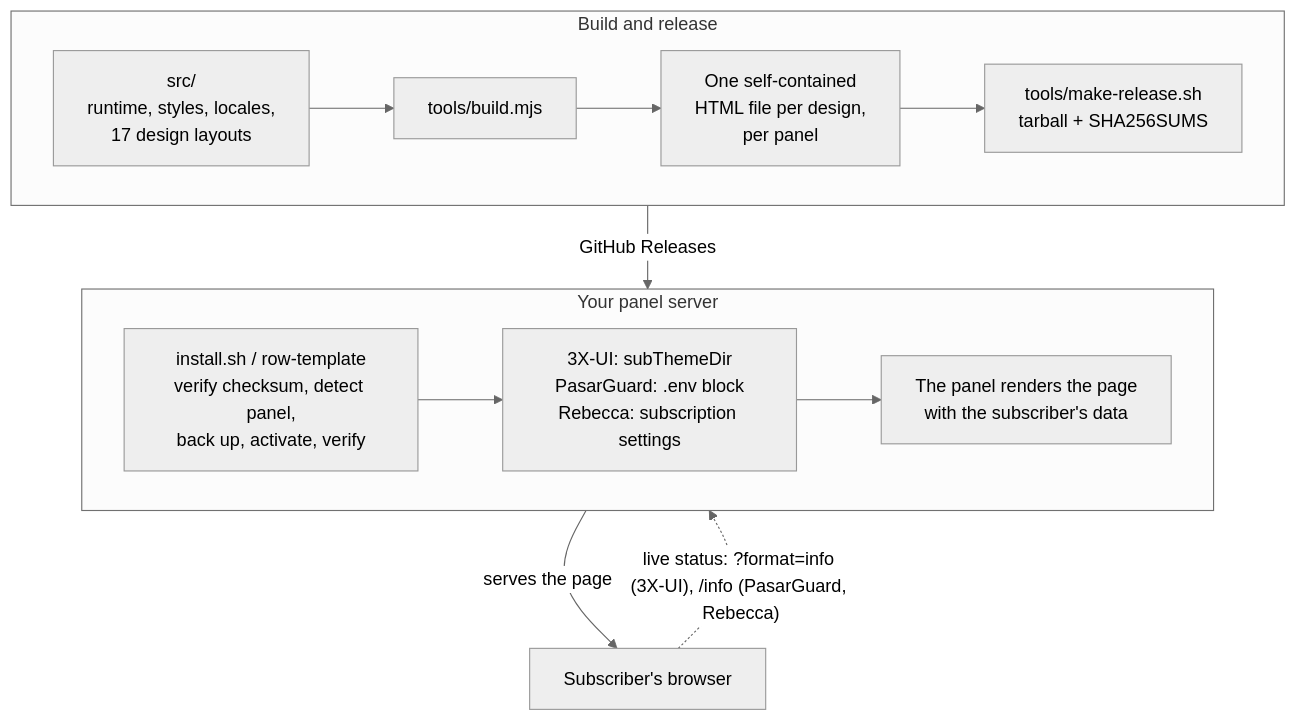
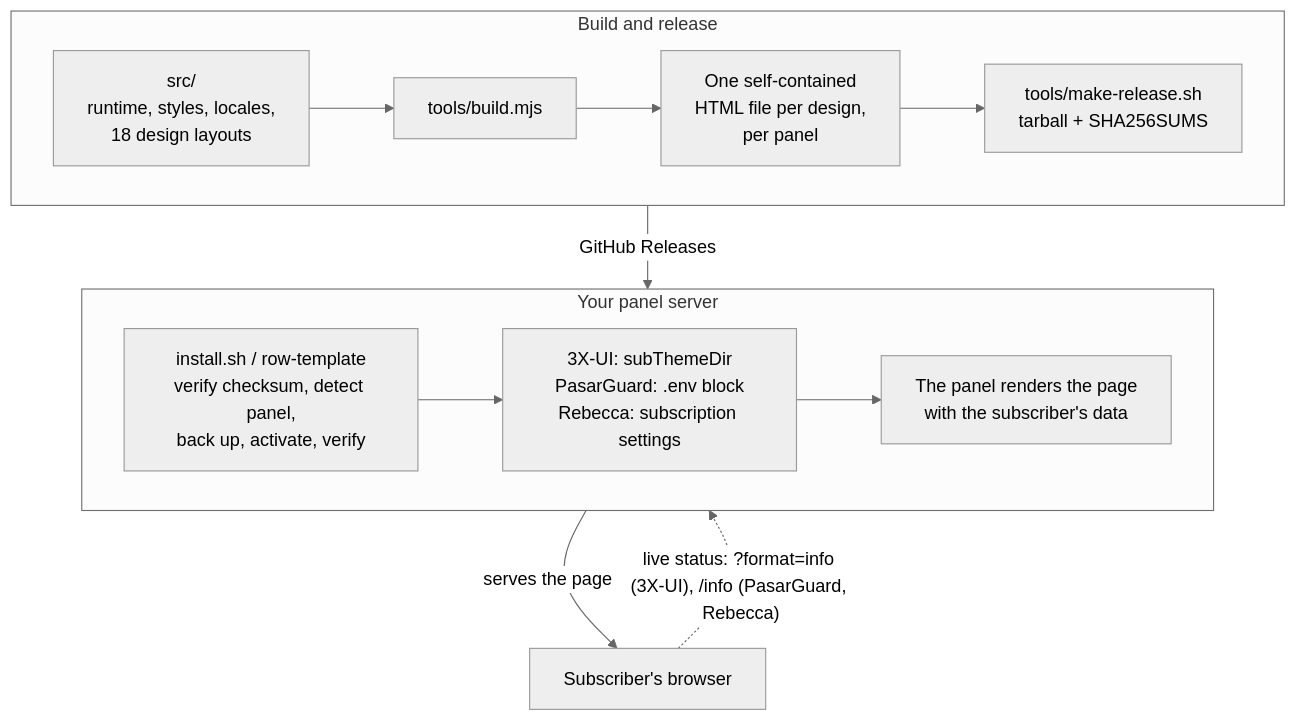
One commit to zarkmakerburg/Gold-Template changed the diagram in README.md. Above: the diagram before and after it, drawn with Mermaid (neutral theme). The commit also changed other lines of this file, not shown here.

Commit message:
docs(install): add GoldApp preset and Gold design to README.md

````diff
--- a/README.md
+++ b/README.md
@@ -141,17 +141,17 @@
 ```mermaid
 flowchart TB
   subgraph build ["Build and release"]
     direction LR
-    SRC["src/<br/>runtime, styles, locales,<br/>17 design layouts"] --> BUILD["tools/build.mjs"]
+    SRC["src/<br/>runtime, styles, locales,<br/>18 design layouts"] --> BUILD["tools/build.mjs"]
     BUILD --> ART["One self-contained<br/>HTML file per design,<br/>per panel"]
     ART --> REL["tools/make-release.sh<br/>tarball + SHA256SUMS"]
   end
   subgraph host ["Your panel server"]
     direction LR
     INST["install.sh / row-template<br/>verify checksum, detect panel,<br/>back up, activate, verify"] --> DIR["3X-UI: subThemeDir<br/>PasarGuard: .env block<br/>Rebecca: subscription settings"]
     DIR --> XUI["The panel renders the page<br/>with the subscriber's data"]
   end
   build -- "GitHub Releases" --> host
   host -- "serves the page" --> BROWSER["Subscriber's browser"]
   BROWSER -. "live status: ?format=info (3X-UI), /info (PasarGuard, Rebecca)" .-> host
 ```
````
